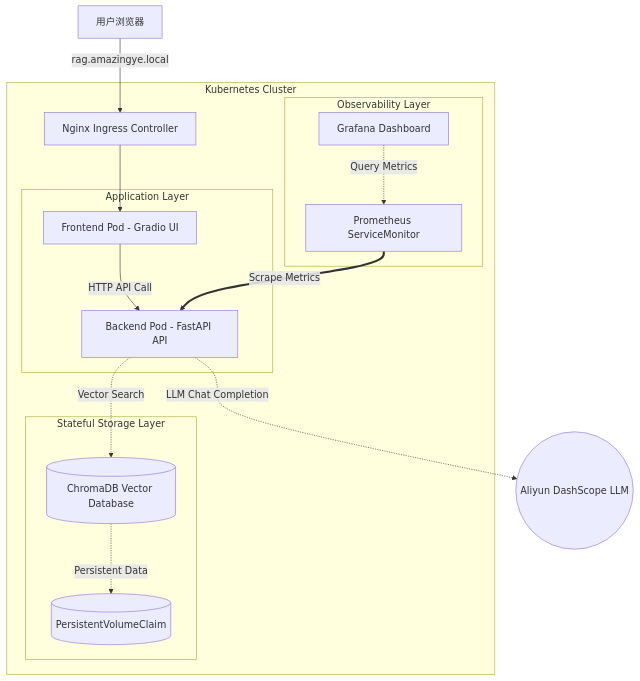
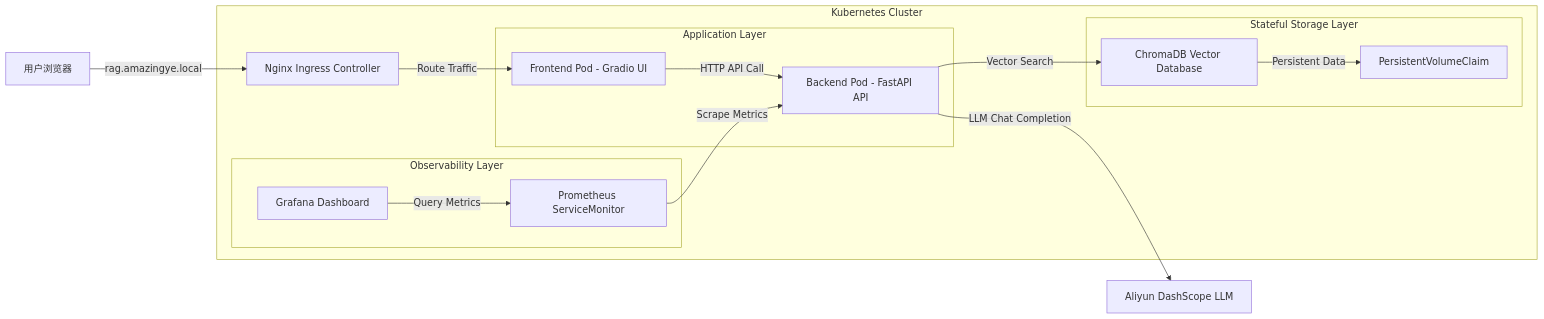
Before and after one commit to AmazingYe-oss/edu-rag-bot: the diagram in README.md, drawn with Mermaid. The commit also changed other lines of this file, not shown here.

Commit message:
Refactor Mermaid diagram in README.md

````diff
--- a/README.md
+++ b/README.md
@@ -27,36 +27,36 @@
 ```mermaid
-flowchart TD
+flowchart LR
     Client["用户浏览器"]
 
-    subgraph K8s["Kubernetes Cluster"]
+    subgraph K8sCluster["Kubernetes Cluster"]
         Ingress["Nginx Ingress Controller"]
 
-        subgraph App["Application Layer"]
+        subgraph AppLayer["Application Layer"]
             UI["Frontend Pod - Gradio UI"]
             API["Backend Pod - FastAPI API"]
         end
 
-        subgraph Storage["Stateful Storage Layer"]
-            ChromaDB[("ChromaDB Vector Database")]
-            PVC[("PersistentVolumeClaim")]
+        subgraph StorageLayer["Stateful Storage Layer"]
+            ChromaDB["ChromaDB Vector Database"]
+            PVC["PersistentVolumeClaim"]
         end
 
-        subgraph Observability["Observability Layer"]
+        subgraph ObservabilityLayer["Observability Layer"]
             Prometheus["Prometheus ServiceMonitor"]
             Grafana["Grafana Dashboard"]
         end
     end
 
-    LLM(("Aliyun DashScope LLM"))
+    LLM["Aliyun DashScope LLM"]
 
-    Client -->|rag.amazingye.local| Ingress
-    Ingress --> UI
-    UI -->|HTTP API Call| API
+    Client -->|"rag.amazingye.local"| Ingress
+    Ingress -->|"Route Traffic"| UI
+    UI -->|"HTTP API Call"| API
 
-    API -.->|Vector Search| ChromaDB
-    ChromaDB -.->|Persistent Data| PVC
-    API -.->|LLM Chat Completion| LLM
+    API -->|"Vector Search"| ChromaDB
+    ChromaDB -->|"Persistent Data"| PVC
+    API -->|"LLM Chat Completion"| LLM
 
-    Prometheus ==>|Scrape Metrics| API
-    Grafana -.->|Query Metrics| Prometheus
+    Prometheus -->|"Scrape Metrics"| API
+    Grafana -->|"Query Metrics"| Prometheus
 ```
````
